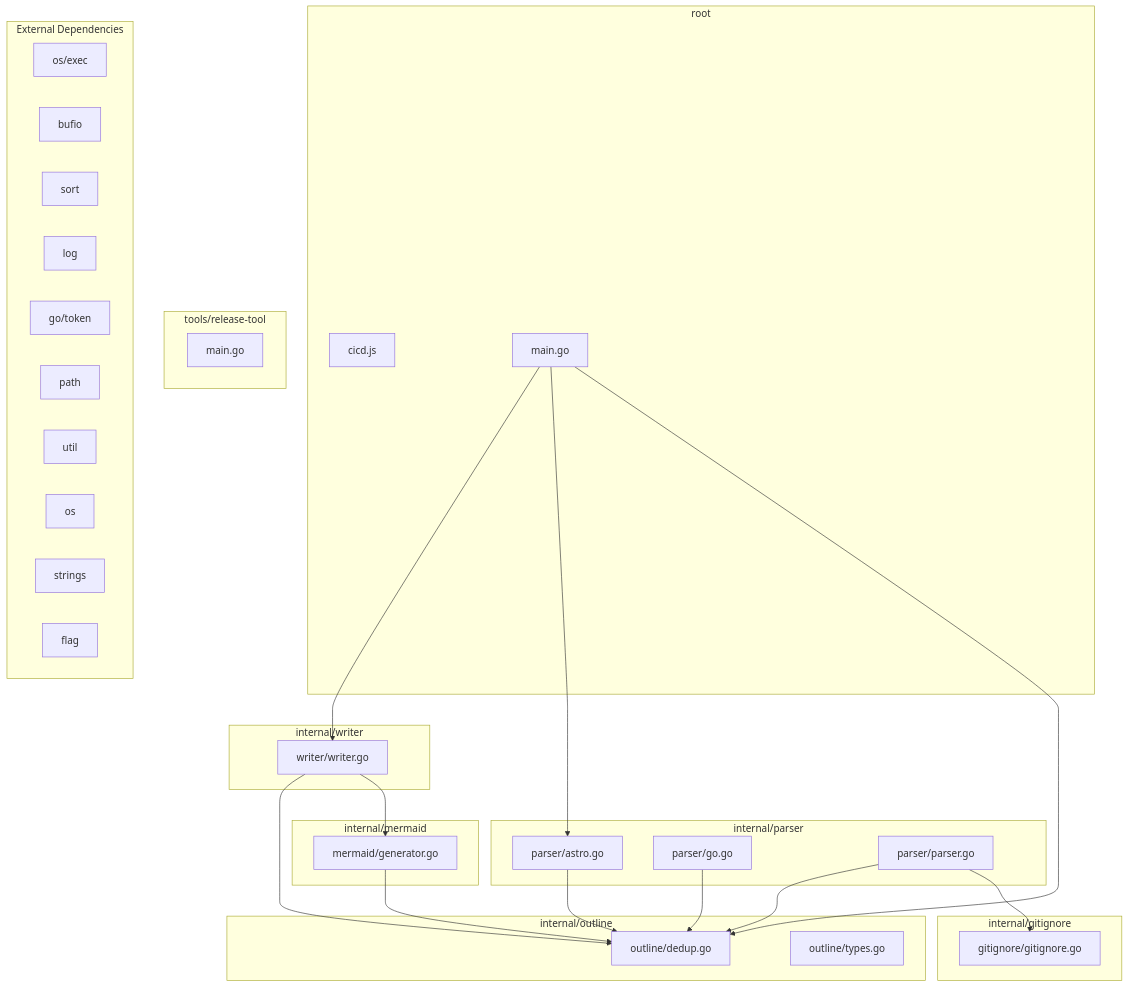
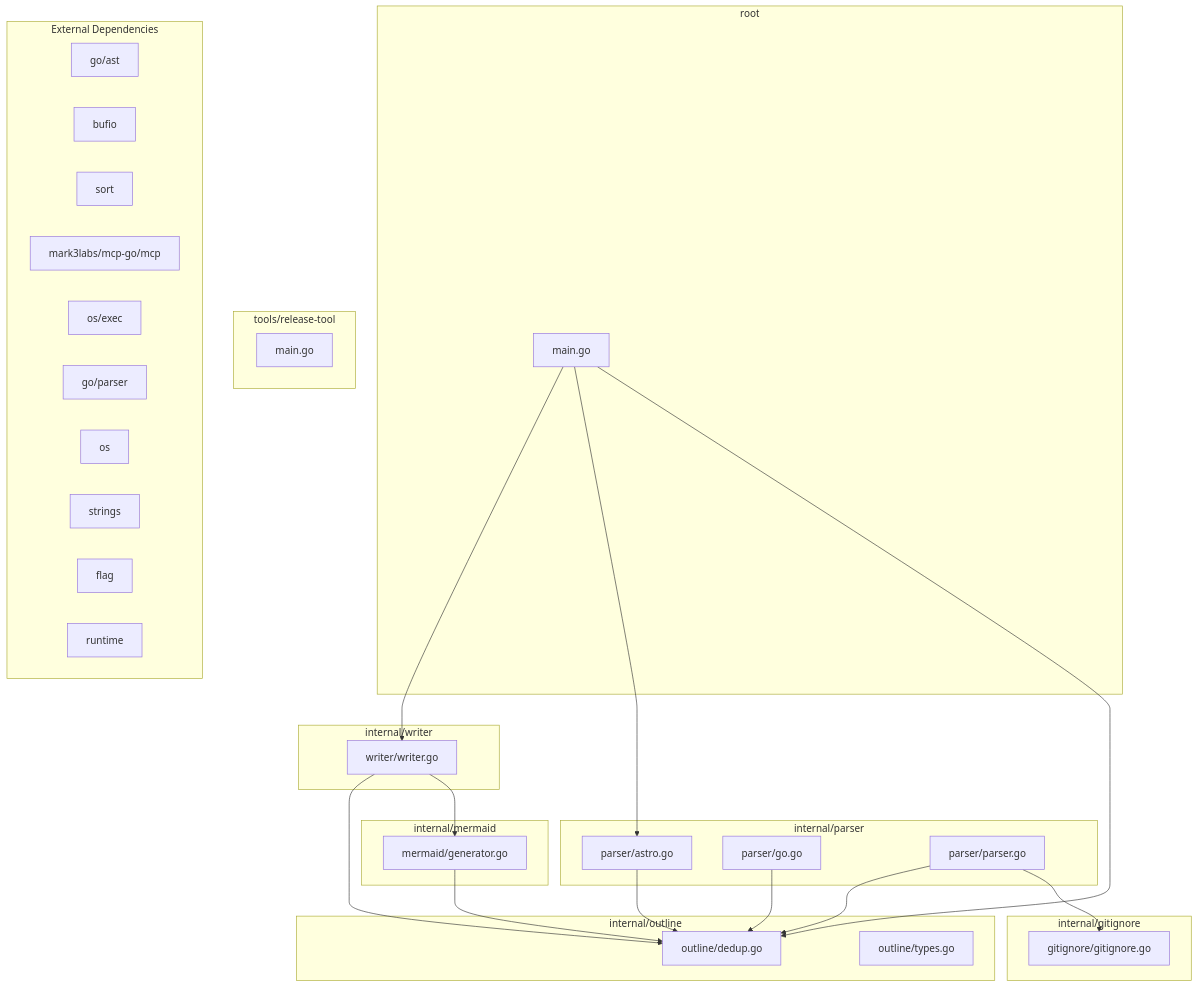
Before and after one commit to jasonwillschiu/codebrev: the third of 3 diagrams in codebrev.md, drawn with Mermaid. The commit also changed other lines of this file and 18 other files, not shown here.

````diff
--- a/codebrev.md
+++ b/codebrev.md
@@ -71,58 +70,57 @@
 ```mermaid
 graph TB
     subgraph internal_gitignore ["internal/gitignore"]
         N0["gitignore/gitignore.go"]
     end
 
     subgraph internal_mermaid ["internal/mermaid"]
         N1["mermaid/generator.go"]
     end
 
     subgraph internal_outline ["internal/outline"]
         N2["outline/dedup.go"]
         N3["outline/types.go"]
     end
 
     subgraph internal_parser ["internal/parser"]
         N4["parser/astro.go"]
         N5["parser/go.go"]
         N6["parser/parser.go"]
     end
 
     subgraph internal_writer ["internal/writer"]
         N7["writer/writer.go"]
     end
 
     subgraph root ["root"]
-        N8["cicd.js"]
+        N8["main.go"]
+    end
+
+    subgraph tools_release-tool ["tools/release-tool"]
         N9["main.go"]
     end
 
-    subgraph tools_release-tool ["tools/release-tool"]
-        N10["main.go"]
+    subgraph external ["External Dependencies"]
+        EXT0["go/ast"]
+        EXT1["bufio"]
+        EXT2["sort"]
+        EXT3["mark3labs/mcp-go/mcp"]
+        EXT4["os/exec"]
+        EXT5["go/parser"]
+        EXT6["os"]
+        EXT7["strings"]
+        EXT8["flag"]
+        EXT9["runtime"]
     end
 
-    subgraph external ["External Dependencies"]
-        EXT0["os/exec"]
-        EXT1["bufio"]
-        EXT2["sort"]
-        EXT3["log"]
-        EXT4["go/token"]
-        EXT5["path"]
-        EXT6["util"]
-        EXT7["os"]
-        EXT8["strings"]
-        EXT9["flag"]
-    end
-
-    N5 --> N2
     N6 --> N0
     N6 --> N2
-    N1 --> N2
+    N8 --> N2
+    N8 --> N4
+    N8 --> N7
     N4 --> N2
+    N5 --> N2
     N7 --> N1
     N7 --> N2
-    N9 --> N2
-    N9 --> N4
-    N9 --> N7
+    N1 --> N2
 ```
````
